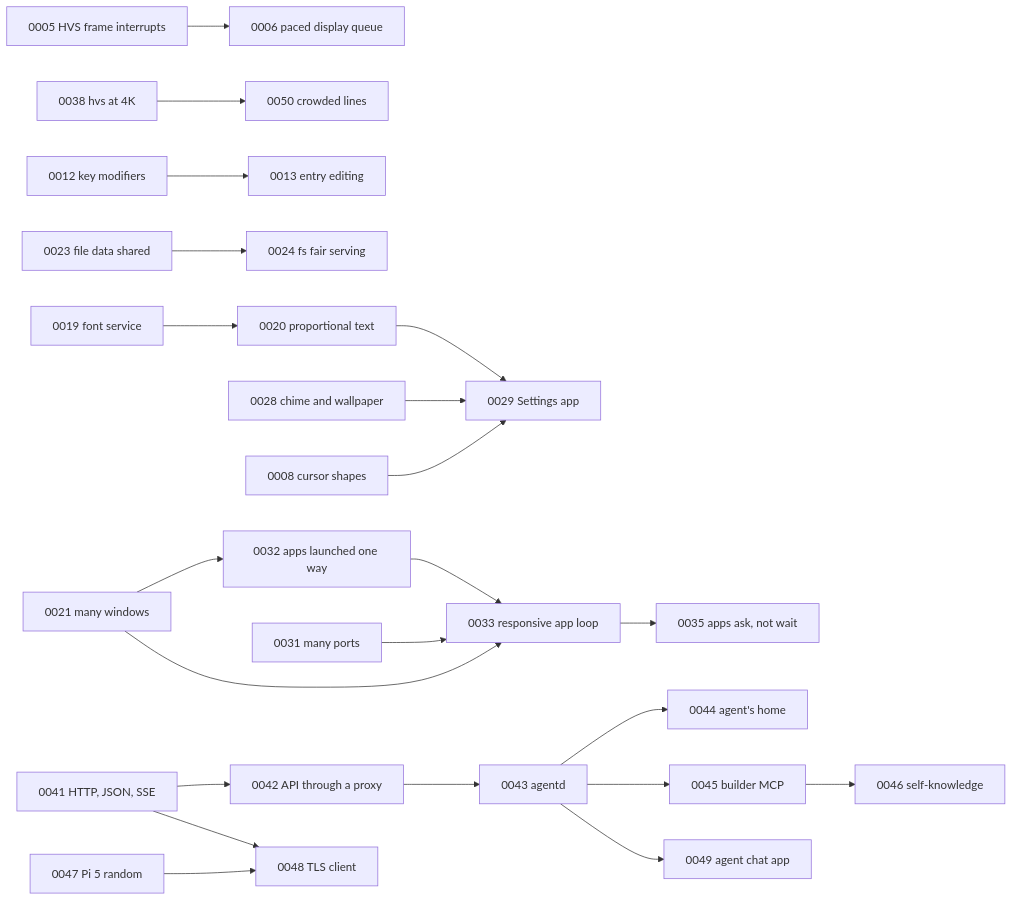
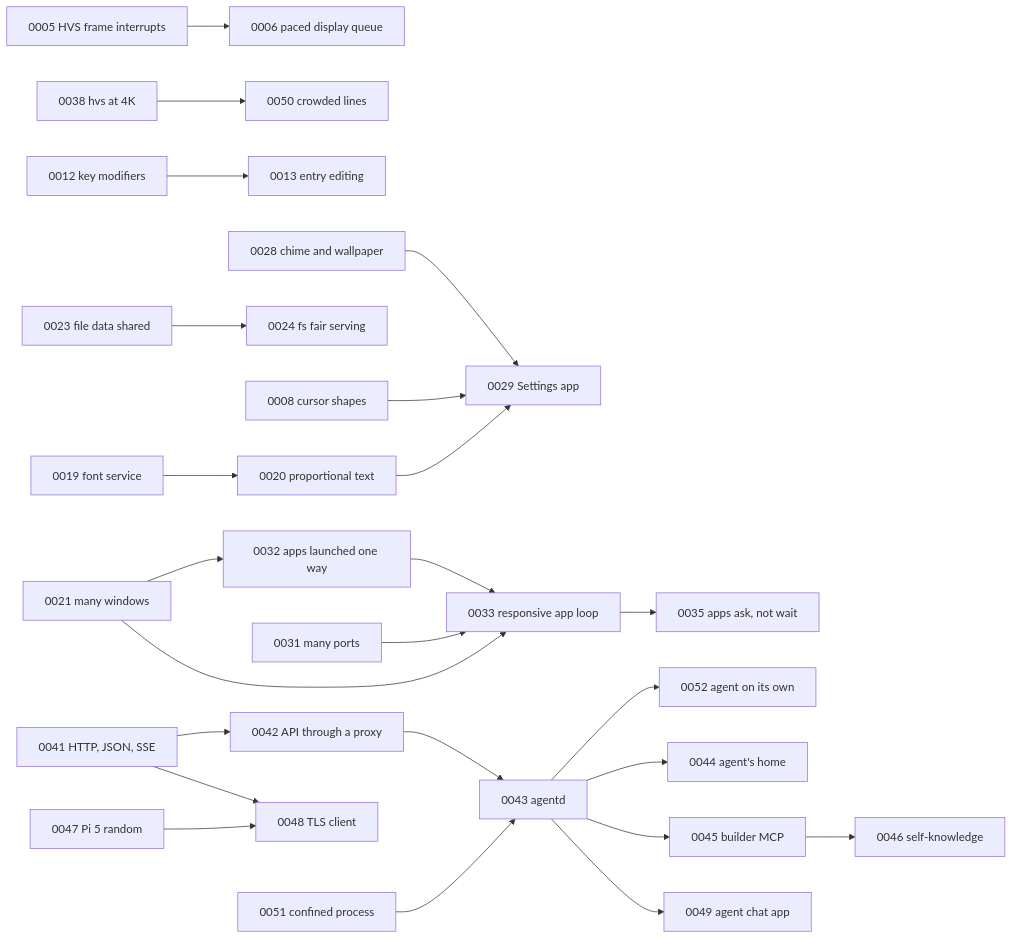
One commit to misleb/L0S changed the diagram in roadmap/INDEX.md. Above: the diagram before and after it, drawn with Mermaid. The commit also changed other lines of this file and 5 other files, not shown here.

First line of the commit message:
Roadmap 0041 to 0043: steps for the agent track

````diff
--- a/roadmap/INDEX.md
+++ b/roadmap/INDEX.md
@@ -67,24 +75,26 @@
 ```mermaid
 graph LR
   0005[0005 HVS frame interrupts] --> 0006[0006 paced display queue]
   0038[0038 hvs at 4K] --> 0050[0050 crowded lines]
   0012[0012 key modifiers] --> 0013[0013 entry editing]
   0019[0019 font service] --> 0020[0020 proportional text]
   0023[0023 file data shared] --> 0024[0024 fs fair serving]
   0028[0028 chime and wallpaper] --> 0029[0029 Settings app]
   0008[0008 cursor shapes] --> 0029
   0020 --> 0029
   0021[0021 many windows] --> 0032[0032 apps launched one way]
   0032 --> 0033[0033 responsive app loop]
   0033 --> 0035[0035 apps ask, not wait]
   0031[0031 many ports] --> 0033
   0021 --> 0033
   0041[0041 HTTP, JSON, SSE] --> 0042[0042 API through a proxy]
   0042 --> 0043[0043 agentd]
+  0051[0051 confined process] --> 0043
+  0043 --> 0052[0052 agent on its own]
   0043 --> 0044[0044 agent's home]
   0043 --> 0045[0045 builder MCP]
   0045 --> 0046[0046 self-knowledge]
   0043 --> 0049[0049 agent chat app]
   0041 --> 0048[0048 TLS client]
   0047[0047 Pi 5 random] --> 0048
 ```
````
